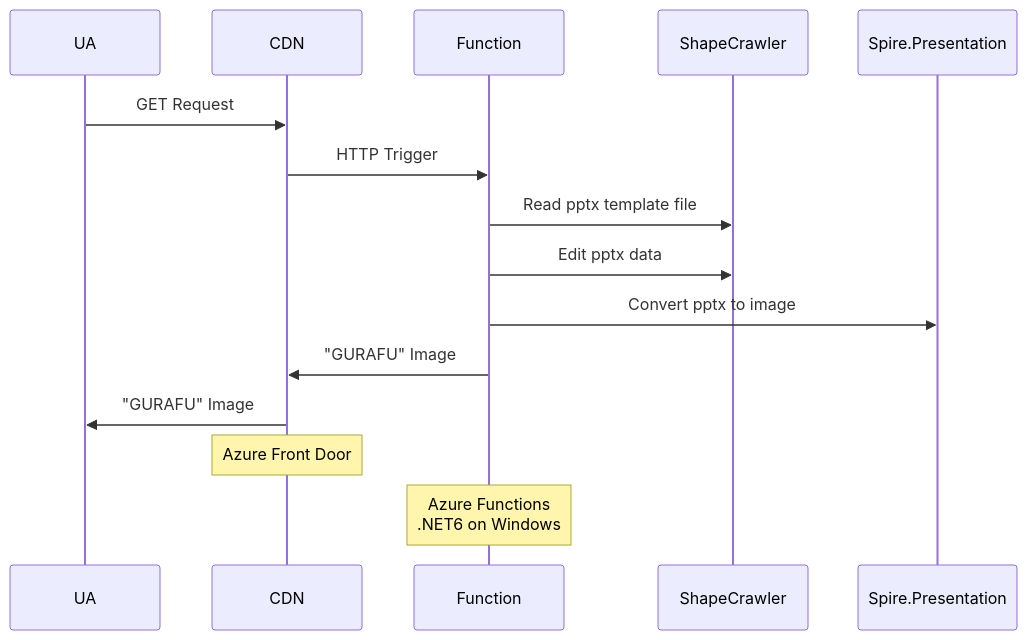
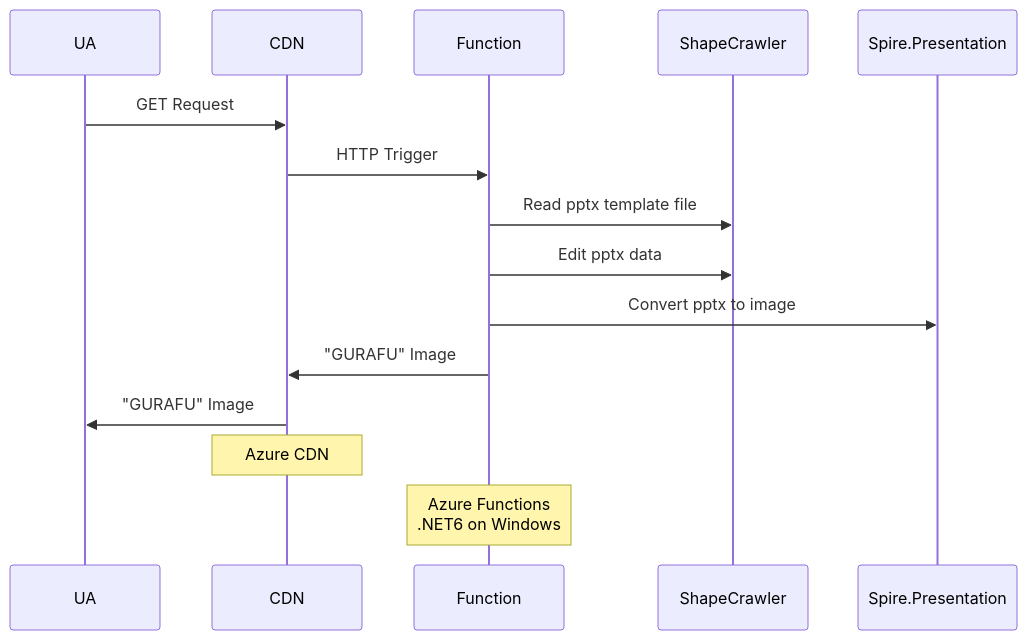
Before and after one commit to 7474/NantoNBai: the diagram in README.md, drawn with Mermaid.

````diff
--- a/README.md
+++ b/README.md
@@ -38,12 +38,12 @@
 ```mermaid
 sequenceDiagram
     UA->>CDN: GET Request
     CDN->>Function: HTTP Trigger
     Function->>ShapeCrawler: Read pptx template file
     Function->>ShapeCrawler: Edit pptx data
     Function->>Spire.Presentation: Convert pptx to image
     Function->>CDN: "GURAFU" Image
     CDN->>UA: "GURAFU" Image
-    Note over CDN: Azure Front Door
+    Note over CDN: Azure CDN
     Note over Function: Azure Functions<br/>.NET6 on Windows
 ```
````
